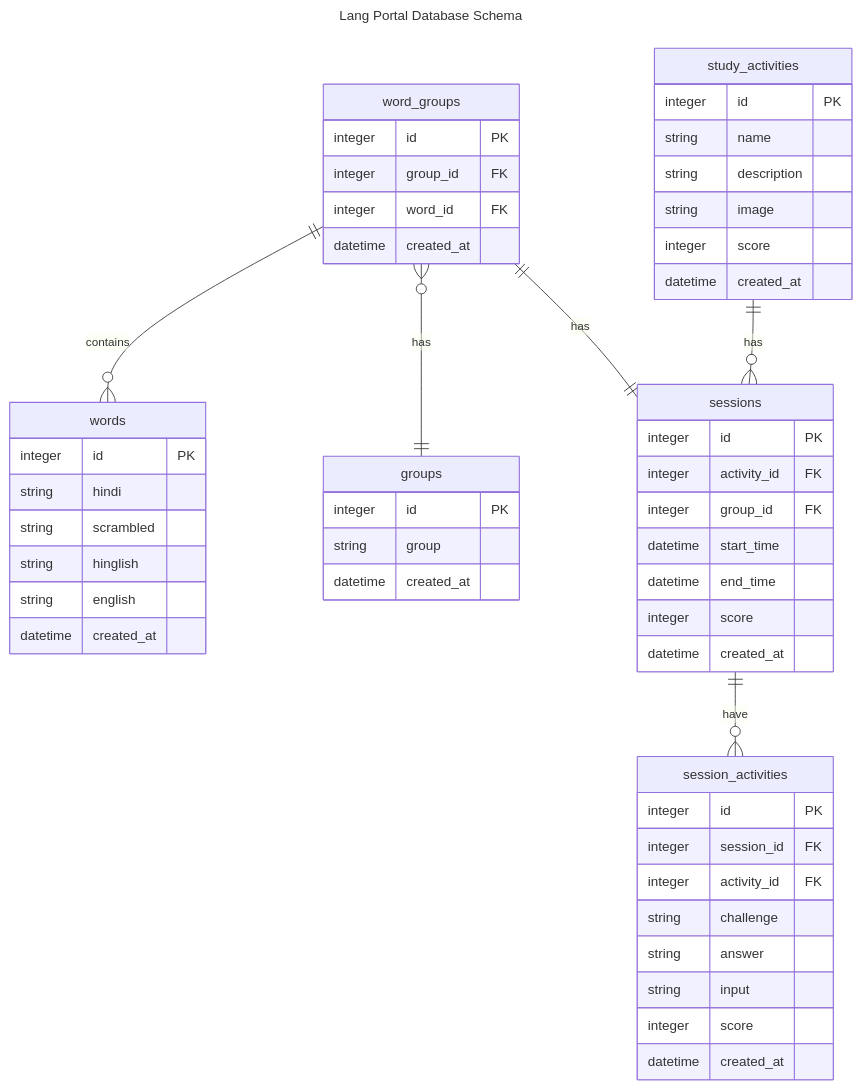
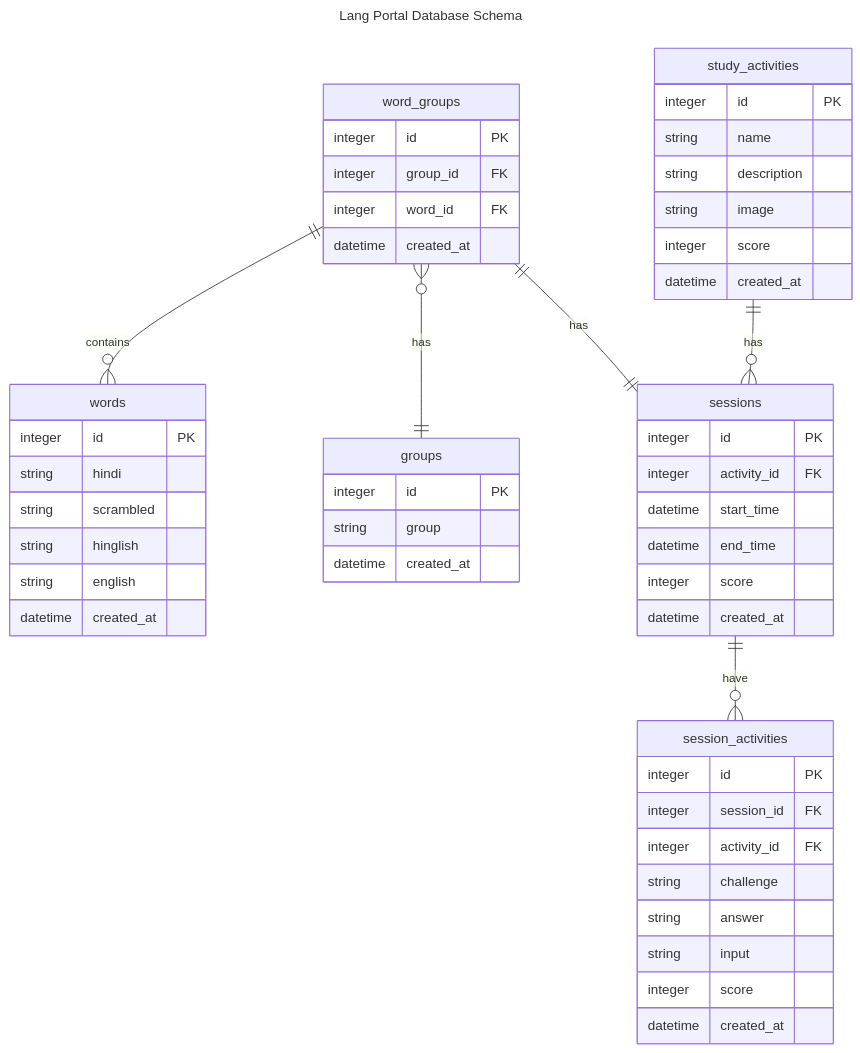
The diagram in lang-portal/backend/README.md (pavittarx/free-genai-bootcamp-2025), drawn with Mermaid before and after one commit. The commit also changed other lines of this file and 45 other files, not shown here.

````diff
--- a/lang-portal/backend/README.md
+++ b/lang-portal/backend/README.md
@@ -72,63 +71,62 @@
 ```mermaid
 ---
 title: Lang Portal Database Schema
 ---
 
 erDiagram
     words {
         integer id PK
         string hindi
         string scrambled
         string hinglish
         string english
         datetime created_at
     }
 
     groups {
         integer id PK
         string group
         datetime created_at
     }
 
     word_groups ||--o{ words : contains
     word_groups }o--|| groups : has
     word_groups ||--|| sessions : has
     word_groups {
         integer id PK
         integer group_id FK
         integer word_id FK
         datetime created_at
     }
 
     study_activities ||--o{ sessions : has
     study_activities {
         integer id PK
         string name
         string description
         string image
         integer score
         datetime created_at
     }
 
     sessions ||--o{ session_activities : have
     sessions {
         integer id PK
         integer activity_id FK
-        integer group_id FK
         datetime start_time
         datetime end_time
         integer score
         datetime created_at
     }
 
     session_activities {
         integer id PK
         integer session_id FK
         integer activity_id FK
         string challenge
         string answer
         string input
         integer score
         datetime created_at
     }
 ```
````
